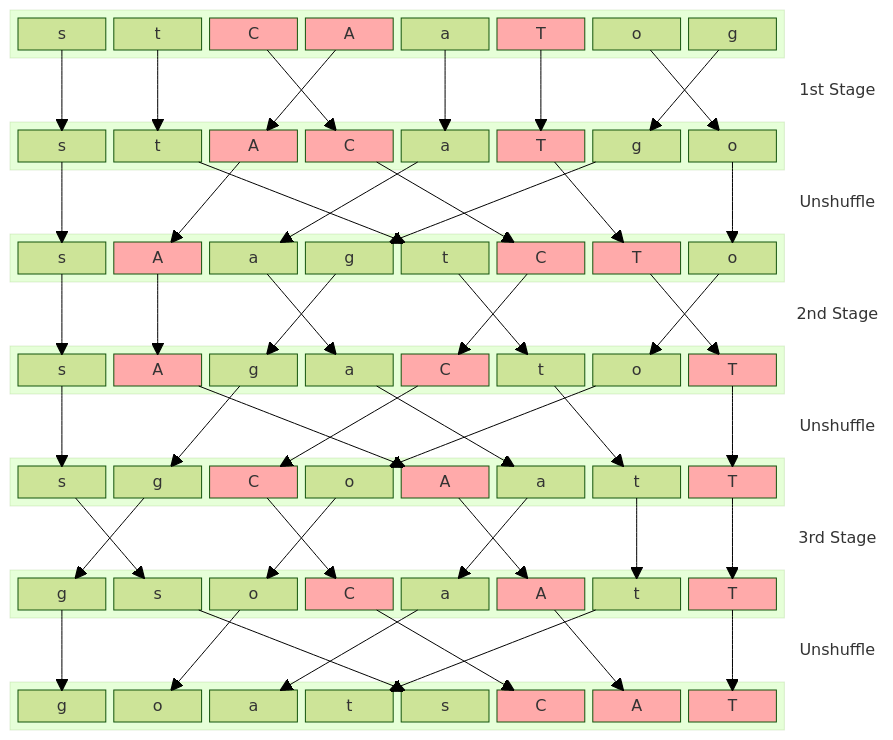
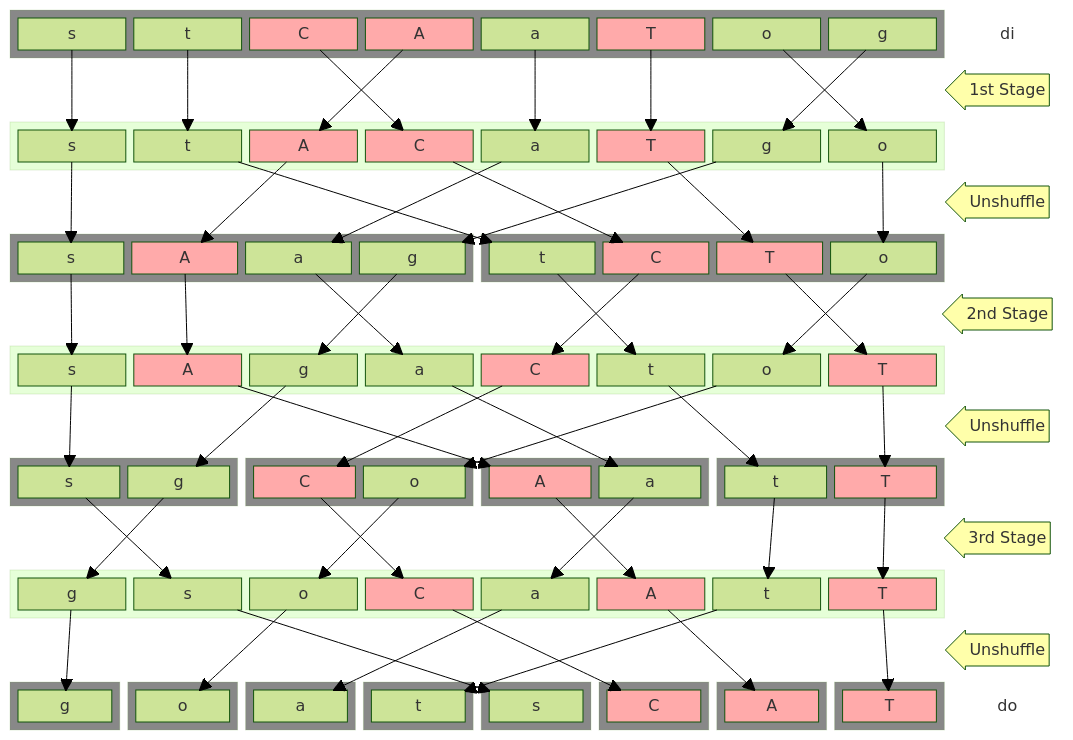
Before and after one commit to clairexen/edu-sag: the diagram in README.md, drawn with Mermaid (forest theme). The commit also changed 1 other file, not shown here.

Commit message:
Update mermaid diagram

````diff
--- a/README.md
+++ b/README.md
@@ -22,9 +22,18 @@
 ```mermaid
+%% di=[s t C A a T o g] ci=[0 0 1 1 0 1 0 0]
+%%    [s t A C a T g o]    [0 0 1 1 0 1 0 0]
+%% d1=[s A a g|t C T o] c1=[0 1 0 0|0 1 1 0]
+%%    [s A g a|C t o T]    [0 1 0 0|1 0 0 1]
+%% d2=[s g|C o|A a|t T] c2=[0 0|1 0|1 0|0 1]
+%%    [g s|o C|a A|t T]    [0 0|0 1|0 1|0 1]
+%% do=[g o a t s C A T] co=[0 0 0 0 0 1 1 1]
 block-beta
   columns 9
   classDef sheep fill:#faa
   classDef label fill:#fff,stroke-width:0px
-  block:A:8
+  classDef action fill:#ffa
+  classDef grp fill:#888
+  block:A_7:8
     columns 8
     A7["s"]
     A6["t"]
@@ -35,7 +44,8 @@
     A1["o"]
     A0["g"]
   end
-space:9 S1["1st Stage"]
+  class A_7 grp
+ L1["di"] space:8 S1<["1st Stage"]>(left)
   block:B:8
     columns 8
     B7["s"]
@@ -47,19 +57,24 @@
     B1["g"]
     B0["o"]
   end
-space:9 U1["Unshuffle"]
-  block:C:8
-    columns 8
+space:9 U1<["Unshuffle"]>(left)
+  block:C_7:4
+    columns 4
     C7["s"]
     C6["A"]
     C5["a"]
     C4["g"]
+  end
+  class C_7 grp
+  block:C_3:4
+    columns 4
     C3["t"]
     C2["C"]
     C1["T"]
     C0["o"]
   end
-space:9 S2["2nd Stage"]
+  class C_3 grp
+space:9 S2<["2nd Stage"]>(left)
   block:D:8
     columns 8
     D7["s"]
@@ -71,19 +86,32 @@
     D1["o"]
     D0["T"]
   end
-space:9 U2["Unshuffle"]
-  block:E:8
-    columns 8
+space:9 U2<["Unshuffle"]>(left)
+  block:E_7:2
+    columns 2
     E7["s"]
     E6["g"]
+  end
+  class E_7 grp
+  block:E_5:2
+    columns 2
     E5["C"]
     E4["o"]
+  end
+  class E_5 grp
+  block:E_3:2
+    columns 2
     E3["A"]
     E2["a"]
+  end
+  class E_3 grp
+  block:E_1:2
+    columns 2
     E1["t"]
     E0["T"]
   end
-space:9 S3["3rd Stage"]
+  class E_1 grp
+space:9 S3<["3rd Stage"]>(left)
   block:F:8
     columns 8
     F7["g"]
@@ -95,24 +123,56 @@
     F1["t"]
     F0["T"]
   end
-space:9 U3["Unshuffle"]
-  block:G:8
-    columns 8
+space:9 U3<["Unshuffle"]>(left)
+  block:G_7:1
+    columns 1
     G7["g"]
+  end
+  class G_7 grp
+  block:G_6:1
+    columns 1
     G6["o"]
+  end
+  class G_6 grp
+  block:G_5:1
+    columns 1
     G5["a"]
+  end
+  class G_5 grp
+  block:G_4:1
+    columns 1
     G4["t"]
+  end
+  class G_4 grp
+  block:G_3:1
+    columns 1
     G3["s"]
+  end
+  class G_3 grp
+  block:G_2:1
+    columns 1
     G2["C"]
+  end
+  class G_2 grp
+  block:G_1:1
+    columns 1
     G1["A"]
+  end
+  class G_1 grp
+  block:G_0:1
+    columns 1
     G0["T"]
   end
-class S1 label
-class U1 label
-class S2 label
-class U2 label
-class S3 label
-class U3 label
+  class G_0 grp
+ L2["do"]
+class L1 label
+class L2 label
+class S1 action
+class U1 action
+class S2 action
+class U2 action
+class S3 action
+class U3 action
 class A2 sheep
 class A4 sheep
 class A5 sheep
````
